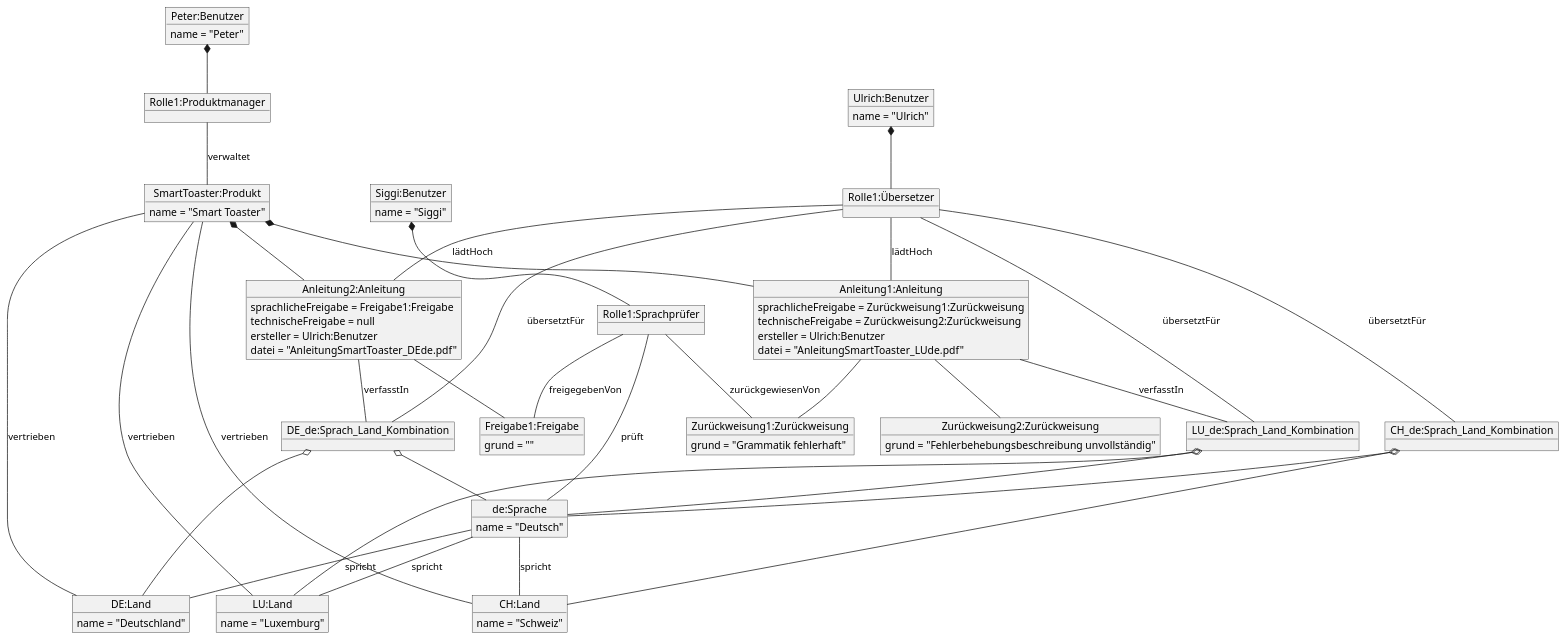
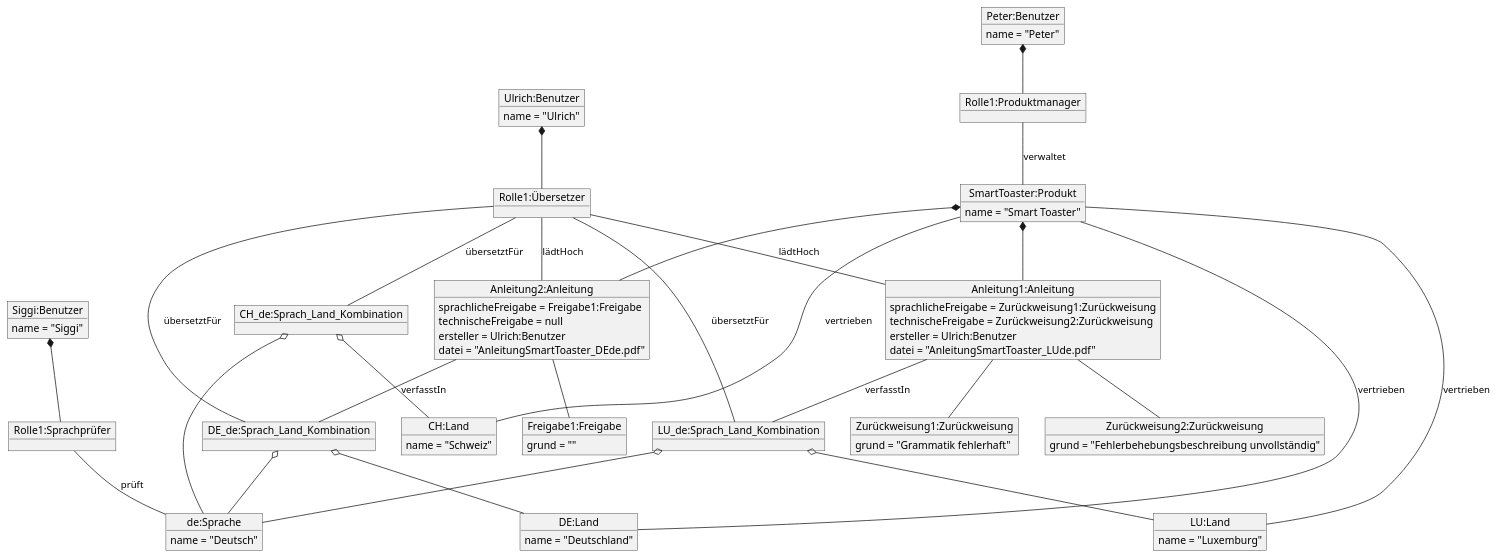
The diagram in Objektdiagramm.pu (SgtMate/ManualMaster_UML), drawn with PlantUML before and after one commit.

Commit message:
Anpassung Objektdiagramm ans Klassendiagramm.

```diff
--- a/Objektdiagramm.pu
+++ b/Objektdiagramm.pu
@@ -1,101 +1,94 @@
 @startuml Aufgabe_1b
 'Objekte
 object "Siggi:Benutzer" as b1 {
     name = "Siggi"
 }
 object "Peter:Benutzer" as b2 {
     name = "Peter"
 }
 object "Ulrich:Benutzer" as b3 {
     name = "Ulrich"
 }
 
 object "Rolle1:Produktmanager" as pm1
 object "Rolle1:Sprachprüfer" as sp1
 object "Rolle1:Übersetzer" as ue1
 
 object "de:Sprache" as s1 {
     name = "Deutsch"
 }
 object "DE:Land" as l1 {
     name = "Deutschland"
 }
 object "LU:Land" as l2 {
     name = "Luxemburg"
 }
 object "CH:Land" as l3 {
     name = "Schweiz"
 }
 
 object "DE_de:Sprach_Land_Kombination" as slk1
 object "LU_de:Sprach_Land_Kombination" as slk2
 object "CH_de:Sprach_Land_Kombination" as slk3
 
 object "SmartToaster:Produkt" as p1 {
     name = "Smart Toaster"
 }
 
 object "Anleitung1:Anleitung" as a1 {
     sprachlicheFreigabe = Zurückweisung1:Zurückweisung
     technischeFreigabe = Zurückweisung2:Zurückweisung
     ersteller = Ulrich:Benutzer
     datei = "AnleitungSmartToaster_LUde.pdf"
 }
 object "Anleitung2:Anleitung" as a2 {
     sprachlicheFreigabe = Freigabe1:Freigabe
     technischeFreigabe = null
     ersteller = Ulrich:Benutzer
     datei = "AnleitungSmartToaster_DEde.pdf"
 }
 
 object "Freigabe1:Freigabe" as f1 {
     grund = ""
 }
 object "Zurückweisung1:Zurückweisung" as z1 {
     grund = "Grammatik fehlerhaft"
 }
 'Benutzer Ferdinand und seine Rolle nicht erstellt!
 object "Zurückweisung2:Zurückweisung" as z2 {
     grund = "Fehlerbehebungsbeschreibung unvollständig"
 }
 
 ' Verbindungen
 b1 *-- sp1
 sp1 -- s1 : prüft
 b2 *-- pm1
 pm1 -- p1 : verwaltet
 b3 *-- ue1
 ue1 -- slk1 : übersetztFür
 ue1 -- slk2 : übersetztFür
 ue1 -- slk3 : übersetztFür
 
 slk1 o-- s1
 slk1 o-- l1
 slk2 o-- s1
 slk2 o-- l2
 slk3 o-- s1
 slk3 o-- l3
 
-s1 -- l1 : spricht
-s1 -- l2 : spricht
-s1 -- l3 : spricht
-
 p1 -- l1 : vertrieben
 p1 -- l2 : vertrieben
 p1 -- l3 : vertrieben
 
 p1 *-- a1
 p1 *-- a2
 
 a1 -- slk2 : verfasstIn
 a2 -- slk1 : verfasstIn
 ue1 -- a1 : lädtHoch
 ue1 -- a2 : lädtHoch
 
-sp1 -- f1 : freigegebenVon
-sp1 -- z1 : zurückgewiesenVon
-
 a2 -- f1
 a1 -- z1
 a1 -- z2
 @enduml
```
